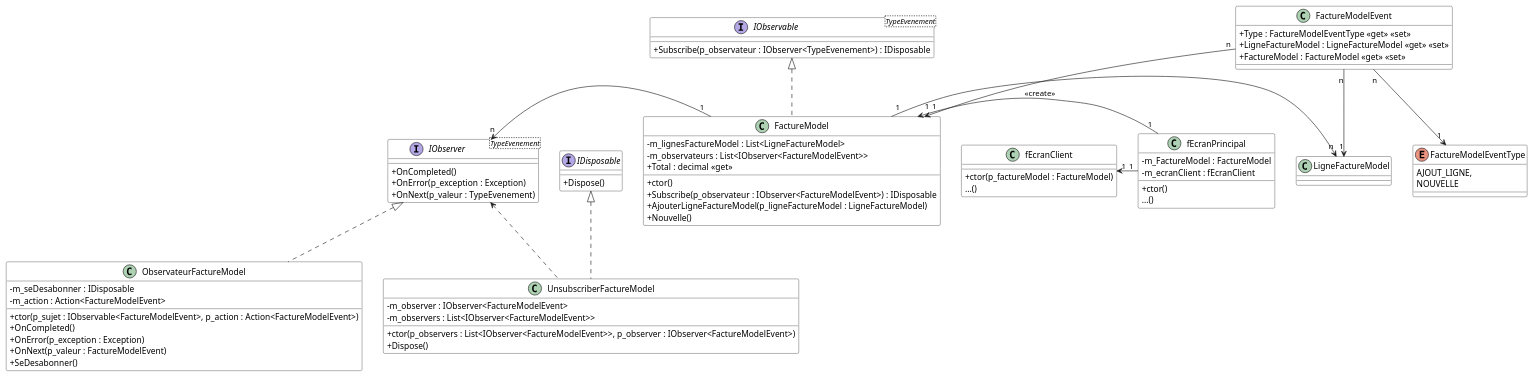
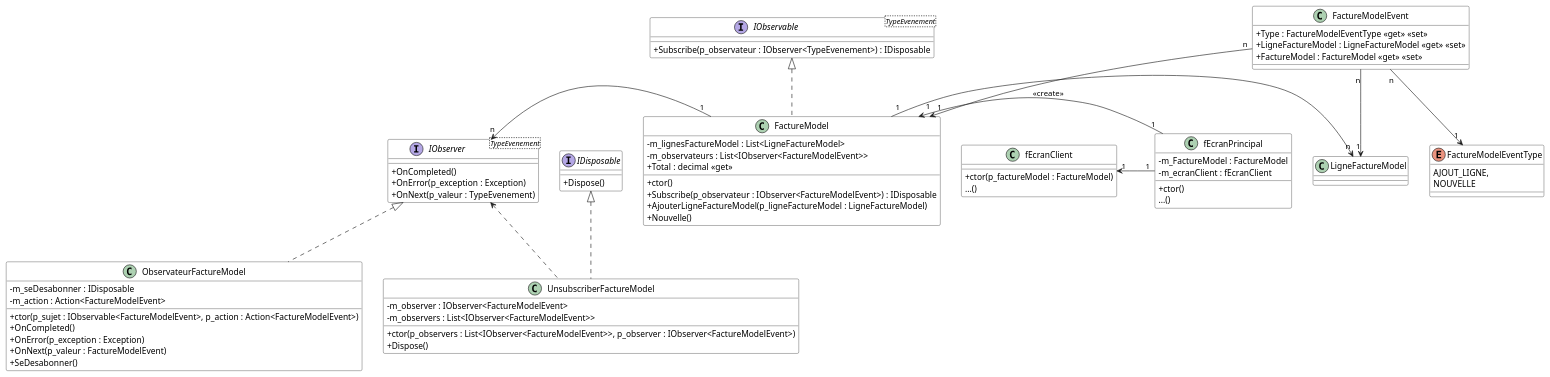
The diagram in Module10_Patrons_Conception02/diag/DiagFactureGen.wsd (PiFou86/420-W30-SF), drawn with PlantUML before and after one commit. The commit also changed 10 other files, not shown here.

```diff
--- a/Module10_Patrons_Conception02/diag/DiagFactureGen.wsd
+++ b/Module10_Patrons_Conception02/diag/DiagFactureGen.wsd
@@ -1,93 +1,93 @@
 @startuml DiagAppFactureGen
 
 skinparam classAttributeIconSize 0
 skinparam class {
     BackgroundColor White
     BorderColor #000
 }
 
 interface IDisposable {
     + Dispose()
 }
 
 interface IObservable<TypeEvenement> {
     + Subscribe(p_observateur : IObserver<TypeEvenement>) : IDisposable
 }
 
 interface IObserver<TypeEvenement> {
     + OnCompleted()
     + OnError(p_exception : Exception)
     + OnNext(p_valeur : TypeEvenement)
 }
 
 class FactureModel {
     - m_lignesFactureModel : List<LigneFactureModel>
     - m_observateurs : List<IObserver<FactureModelEvent>>
     + Total : decimal <<get>>
     + ctor()
     + Subscribe(p_observateur : IObserver<FactureModelEvent>) : IDisposable
     + AjouterLigneFactureModel(p_ligneFactureModel : LigneFactureModel)
     + Nouvelle()
 }
 
 class fEcranPrincipal {
     - m_FactureModel : FactureModel
     - m_ecranClient : fEcranClient
     + ctor()
     ...()
 }
 
 class fEcranClient {
     + ctor(p_factureModel : FactureModel)
     ...()
 }
 
 class ObservateurFactureModel {
     - m_seDesabonner : IDisposable
     - m_action : Action<FactureModelEvent>
     + ctor(p_sujet : IObservable<FactureModelEvent>, p_action : Action<FactureModelEvent>)
     + OnCompleted()
     + OnError(p_exception : Exception)
     + OnNext(p_valeur : FactureModelEvent)
     + SeDesabonner()
 }
 
 class UnsubscriberFactureModel {
     - m_observer : IObserver<FactureModelEvent>
     - m_observers : List<IObserver<FactureModelEvent>>
     + ctor(p_observers : List<IObserver<FactureModelEvent>>, p_observer : IObserver<FactureModelEvent>)
     + Dispose()
 }
 
 class FactureModelEvent {
     + Type : FactureModelEventType <<get>> <<set>>
     + LigneFactureModel : LigneFactureModel <<get>> <<set>>
     + FactureModel : FactureModel <<get>> <<set>>
 }
 
 enum FactureModelEventType {
     AJOUT_LIGNE,
     NOUVELLE
 }
 
 FactureModelEvent "n" --> "1" FactureModel
 FactureModelEvent "n" --> "1" LigneFactureModel
 FactureModelEvent "n" --> "1" FactureModelEventType
 
 fEcranPrincipal "1" -right-> "1" FactureModel : <<create>>
-fEcranPrincipal "1" -left-> "1" fEcranClient
+fEcranPrincipal "1" -left-> "1" fEcranClient : \t
 'fEcranPrincipal "1" ..> "1" ObservateurFactureModel : <<create>>
 
 FactureModel "1" -left-> "n" IObserver
 FactureModel "1" -right-> "n" LigneFactureModel
 
 'fEcranClient "1" --> "1" FactureModel
 'fEcranClient "1" ..> "1" ObservateurFactureModel : <<create>>
 
 IObserver <|.. ObservateurFactureModel
 IDisposable <|.. UnsubscriberFactureModel
 IObserver <.. UnsubscriberFactureModel
 IObservable <|.. FactureModel
 
 
 @enduml
```
